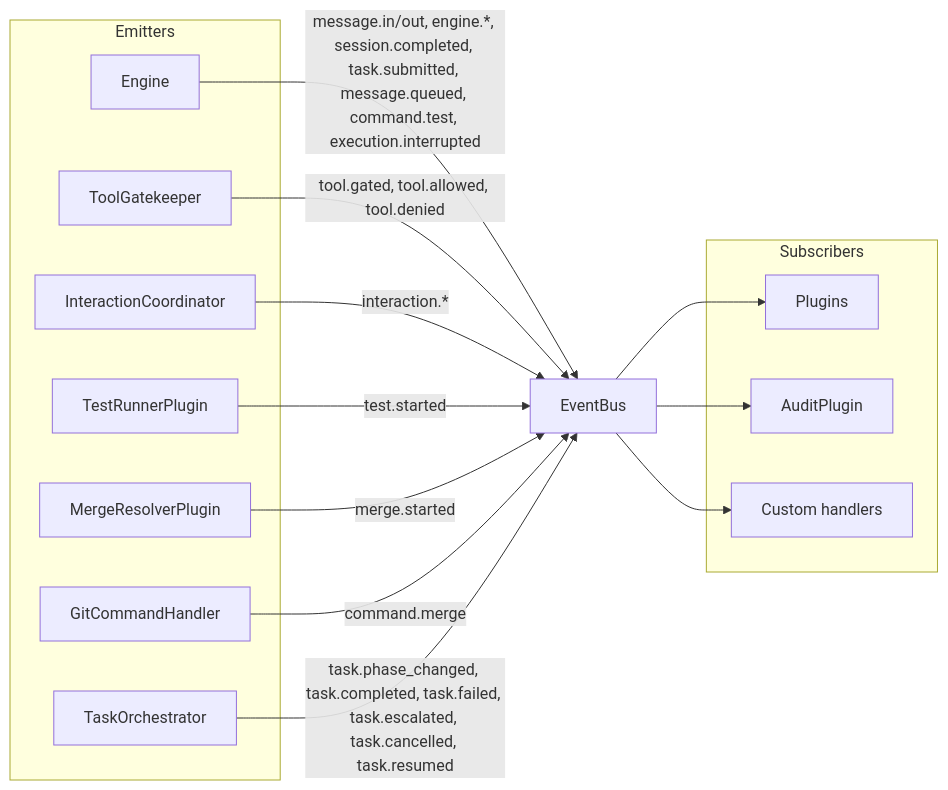
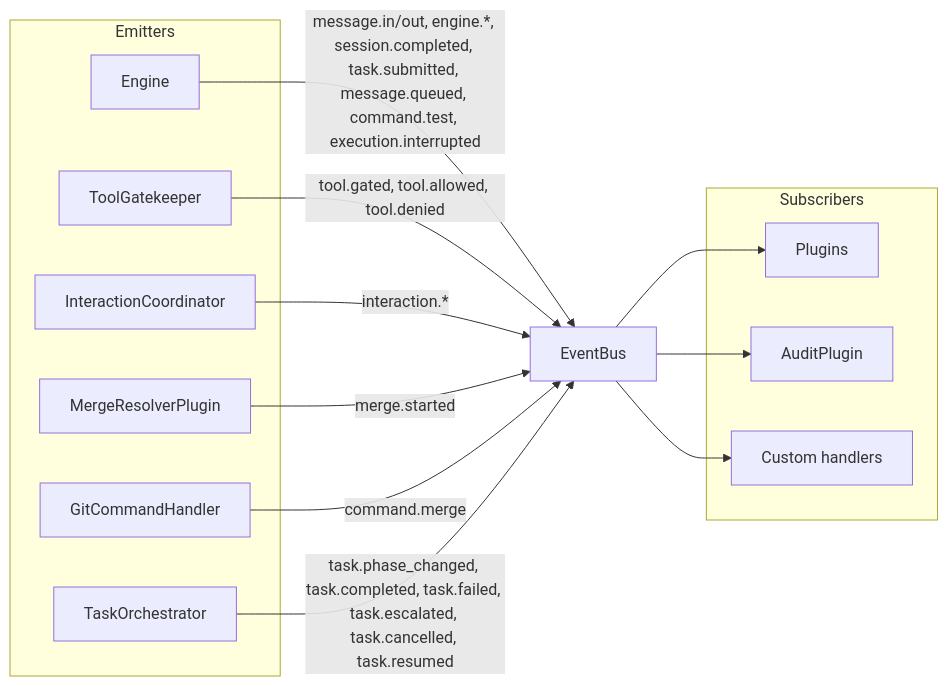
One commit to vmehera123/leashd changed the diagram in docs/events.md. Above: the diagram before and after it, drawn with Mermaid. The commit also changed other lines of this file and 130 other files, not shown here.

````diff
--- a/docs/events.md
+++ b/docs/events.md
@@ -36,31 +36,29 @@
 ```mermaid
 flowchart LR
     subgraph Emitters
         engine["Engine"]
         gatekeeper["ToolGatekeeper"]
         interactions["InteractionCoordinator"]
-        testrunner["TestRunnerPlugin"]
         mergeresolver["MergeResolverPlugin"]
         githandler["GitCommandHandler"]
         orchestrator["TaskOrchestrator"]
     end
 
     bus["EventBus"]
 
     subgraph Subscribers
         plugins["Plugins"]
         audit["AuditPlugin"]
         custom["Custom handlers"]
     end
 
     engine -->|message.in/out, engine.*, session.completed, task.submitted, message.queued, command.test, execution.interrupted| bus
     gatekeeper -->|tool.gated, tool.allowed, tool.denied| bus
     interactions -->|interaction.*| bus
-    testrunner -->|test.started| bus
     mergeresolver -->|merge.started| bus
     githandler -->|command.merge| bus
     orchestrator -->|task.phase_changed, task.completed, task.failed, task.escalated, task.cancelled, task.resumed| bus
     bus --> plugins
     bus --> audit
     bus --> custom
 ```
````
